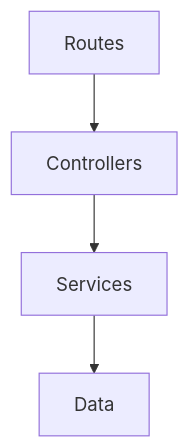
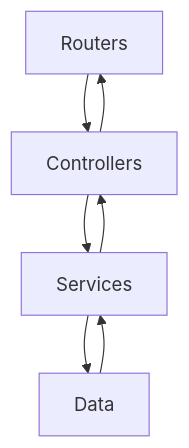
One commit to Markonav/proyectoProgramacion changed the diagram in docs/arquitectura.md. Above: the diagram before and after it, drawn with Mermaid. The commit also changed other lines of this file, not shown here.

````diff
--- a/docs/arquitectura.md
+++ b/docs/arquitectura.md
@@ -12,6 +6,7 @@
 ```mermaid
-graph TD;   
-    A[Routes] --> B[Controllers];
-    B[Controllers] --> C[Services];
-    C[Services] --> D[Data];
+flowchart TD
+    A["Routers"] --> B["Controllers"]
+    B --> A & C["Services"]
+    C --> B & D["Data"]
+    D --> C
 ```
````
